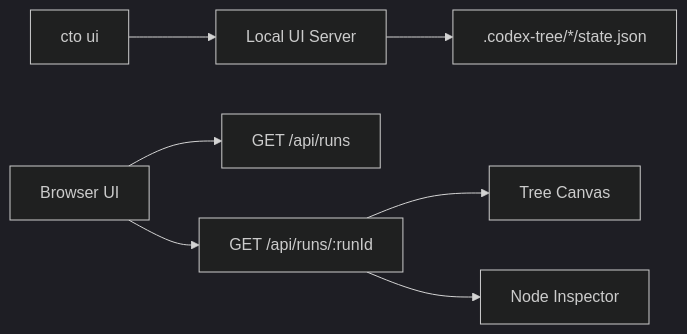
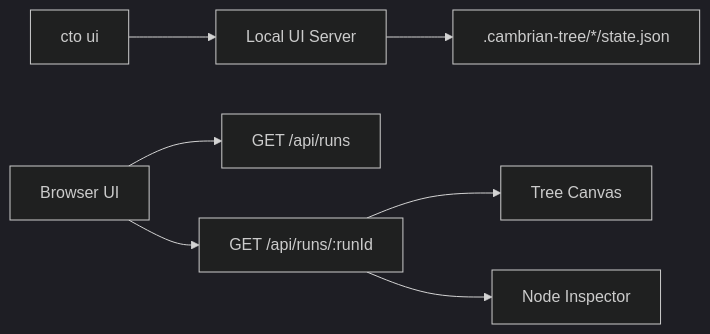
The diagram in docs/superpowers/specs/2026-04-28-saved-run-ui-design.md (edward-sia/cto), drawn with Mermaid (dark theme) before and after one commit. The commit also changed other lines of this file and 16 other files, not shown here.

````diff
--- a/docs/superpowers/specs/2026-04-28-saved-run-ui-design.md
+++ b/docs/superpowers/specs/2026-04-28-saved-run-ui-design.md
@@ -166,9 +166,9 @@
 ```mermaid
 flowchart LR
     CLI["cto ui"] --> Server["Local UI Server"]
-    Server --> Store[".codex-tree/*/state.json"]
+    Server --> Store[".cambrian-tree/*/state.json"]
     Browser["Browser UI"] --> Runs["GET /api/runs"]
     Browser --> Run["GET /api/runs/:runId"]
     Run --> Canvas["Tree Canvas"]
     Run --> Inspector["Node Inspector"]
 ```
````
